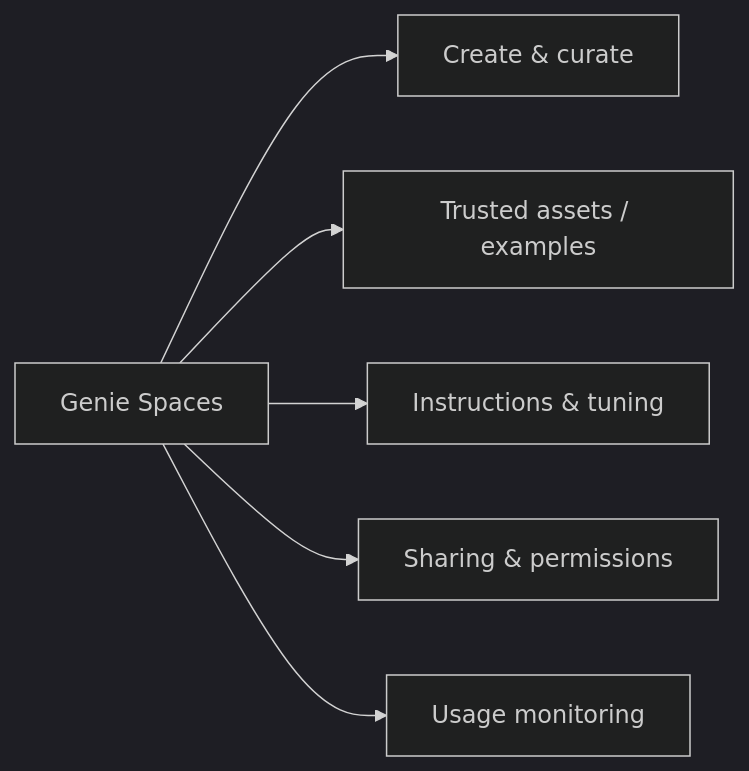
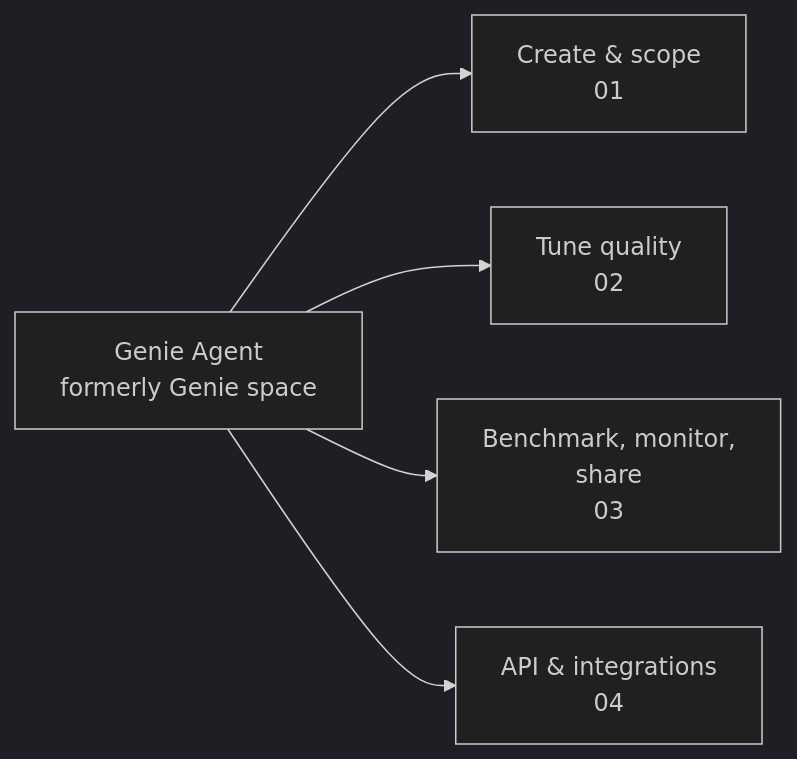
One commit to kengio/databricks-certification-study-guide changed the diagram in certifications/data-analyst-associate/04-developing-sharing-maintaining-genie-spaces/README.md. Above: the diagram before and after it, drawn with Mermaid (dark theme). The commit also changed other lines of this file and 66 other files, not shown here.

````diff
--- a/certifications/data-analyst-associate/04-developing-sharing-maintaining-genie-spaces/README.md
+++ b/certifications/data-analyst-associate/04-developing-sharing-maintaining-genie-spaces/README.md
@@ -18,8 +22,7 @@
 ```mermaid
 flowchart LR
-    GS[Genie Spaces] --> Create[Create & curate]
-    GS --> Trust[Trusted assets / examples]
-    GS --> Tune[Instructions & tuning]
-    GS --> Share[Sharing & permissions]
-    GS --> Monitor[Usage monitoring]
+    GA[Genie Agent<br/>formerly Genie space] --> Create[Create & scope<br/>01]
+    GA --> Tune[Tune quality<br/>02]
+    GA --> Maintain[Benchmark, monitor,<br/>share<br/>03]
+    GA --> Integrate[API & integrations<br/>04]
 ```
````
